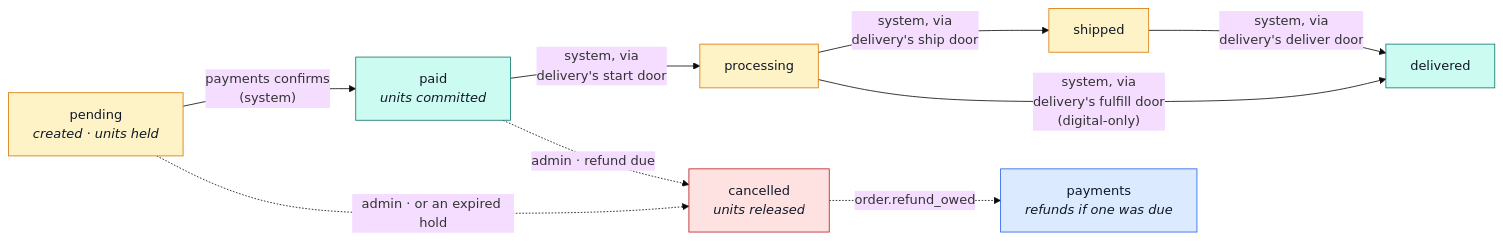
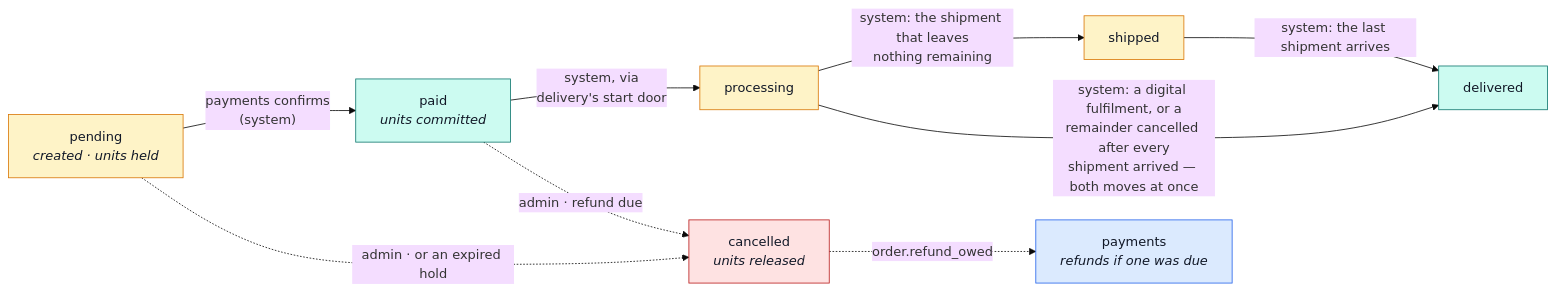
The third of 5 diagrams in docs/modules/orders.md (Guebbit/boilerplate-node-backend), drawn with Mermaid (base theme) before and after one commit. The commit also changed other lines of this file and 20 other files, not shown here.

````diff
--- a/docs/modules/orders.md
+++ b/docs/modules/orders.md
@@ -201,21 +204,21 @@
 ```mermaid
 %%{init: {'flowchart': {'nodeSpacing': 30, 'rankSpacing': 55}}}%%
 flowchart LR
     P["pending<br/><i>created · units held</i>"] -->|"payments confirms<br/>(system)"| PA["paid<br/><i>units committed</i>"]
     PA -->|"system, via<br/>delivery's start door"| PR["processing"]
-    PR -->|"system, via<br/>delivery's ship door"| SH["shipped"]
-    SH -->|"system, via<br/>delivery's deliver door"| DE["delivered"]
-    PR -->|"system, via<br/>delivery's fulfill door<br/>(digital-only)"| DE
+    PR -->|"system: the shipment that leaves<br/>nothing remaining"| SH["shipped"]
+    SH -->|"system: the last shipment arrives"| DE["delivered"]
+    PR -->|"system: a digital fulfilment, or a<br/>remainder cancelled after every<br/>shipment arrived — both moves at once"| DE
     P -.->|"admin · or an expired hold"| CA["cancelled<br/><i>units released</i>"]
     PA -.->|"admin · refund due"| CA
     CA -. "order.refund_owed" .-> PM["payments<br/><i>refunds if one was due</i>"]
 
     classDef open fill:#fef3c7,stroke:#d97706,color:#111827;
     classDef done fill:#ccfbf1,stroke:#0f766e,color:#111827;
     classDef bad fill:#fee2e2,stroke:#b91c1c,color:#111827;
     classDef peer fill:#dbeafe,stroke:#2563eb,color:#111827;
     class P,PR,SH open;
     class PA,DE done;
     class CA bad;
     class PM peer;
 ```
````
